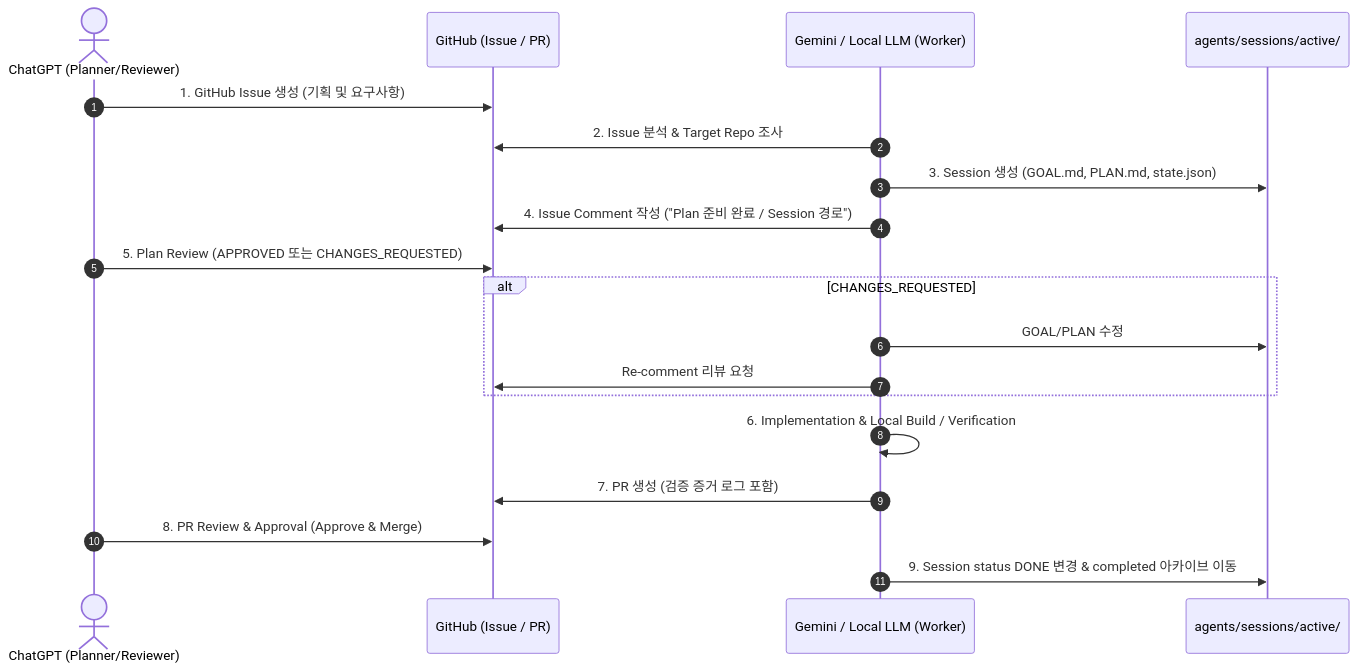
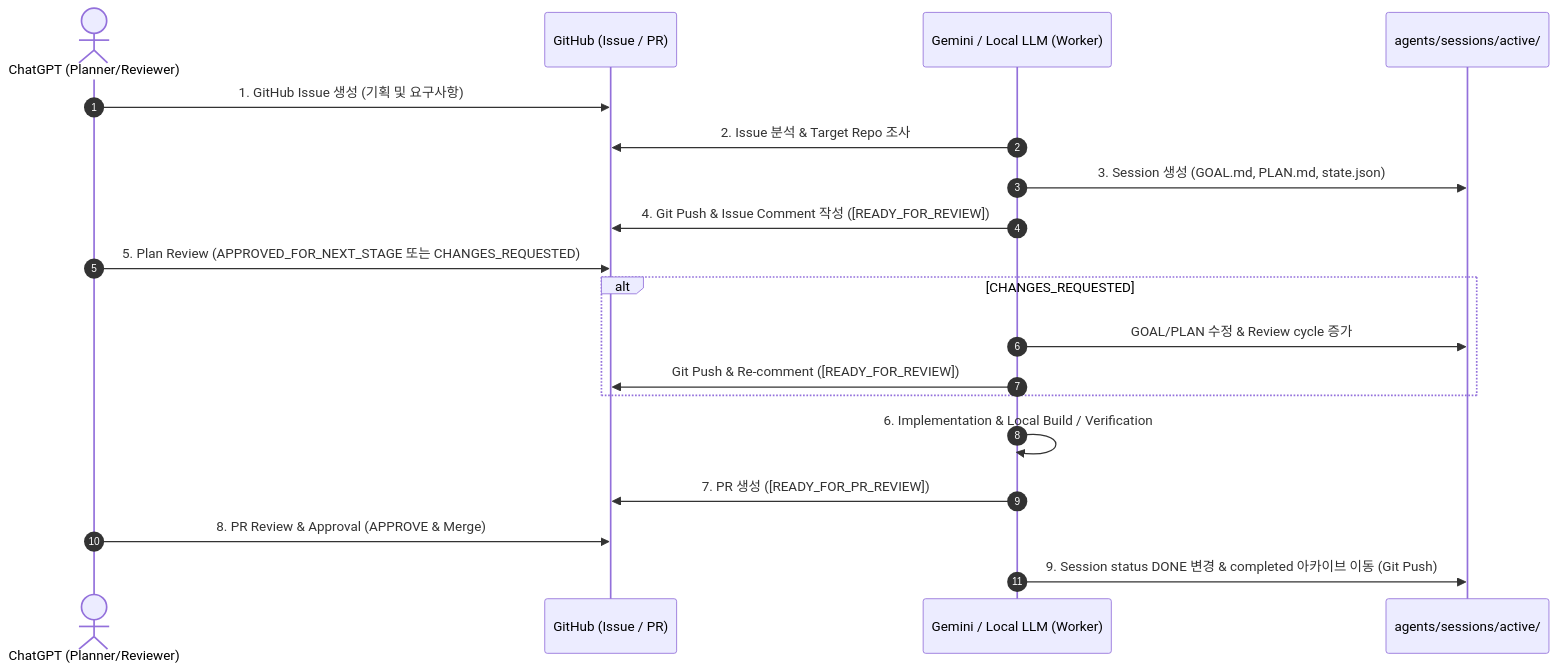
The diagram in README.md (devcy0922/agi-with-gpt), drawn with Mermaid before and after one commit. The commit also changed 4 other files, not shown here.

Commit message:
docs: enforce git push requirement and standard review markers [READY_FOR_REVIEW]

````diff
--- a/README.md
+++ b/README.md
@@ -29,22 +29,22 @@
 ```mermaid
 sequenceDiagram
     autonumber
     actor ChatGPT as ChatGPT (Planner/Reviewer)
     participant GH as GitHub (Issue / PR)
     participant Worker as Gemini / Local LLM (Worker)
     participant Session as agents/sessions/active/
 
     ChatGPT->>GH: 1. GitHub Issue 생성 (기획 및 요구사항)
     Worker->>GH: 2. Issue 분석 & Target Repo 조사
     Worker->>Session: 3. Session 생성 (GOAL.md, PLAN.md, state.json)
-    Worker->>GH: 4. Issue Comment 작성 ("Plan 준비 완료 / Session 경로")
-    ChatGPT->>GH: 5. Plan Review (APPROVED 또는 CHANGES_REQUESTED)
+    Worker->>GH: 4. Git Push & Issue Comment 작성 ([READY_FOR_REVIEW])
+    ChatGPT->>GH: 5. Plan Review (APPROVED_FOR_NEXT_STAGE 또는 CHANGES_REQUESTED)
     alt CHANGES_REQUESTED
-        Worker->>Session: GOAL/PLAN 수정
-        Worker->>GH: Re-comment 리뷰 요청
+        Worker->>Session: GOAL/PLAN 수정 & Review cycle 증가
+        Worker->>GH: Git Push & Re-comment ([READY_FOR_REVIEW])
     end
     Worker->>Worker: 6. Implementation & Local Build / Verification
-    Worker->>GH: 7. PR 생성 (검증 증거 로그 포함)
-    ChatGPT->>GH: 8. PR Review & Approval (Approve & Merge)
-    Worker->>Session: 9. Session status DONE 변경 & completed 아카이브 이동
+    Worker->>GH: 7. PR 생성 ([READY_FOR_PR_REVIEW])
+    ChatGPT->>GH: 8. PR Review & Approval (APPROVE & Merge)
+    Worker->>Session: 9. Session status DONE 변경 & completed 아카이브 이동 (Git Push)
 ```
````
